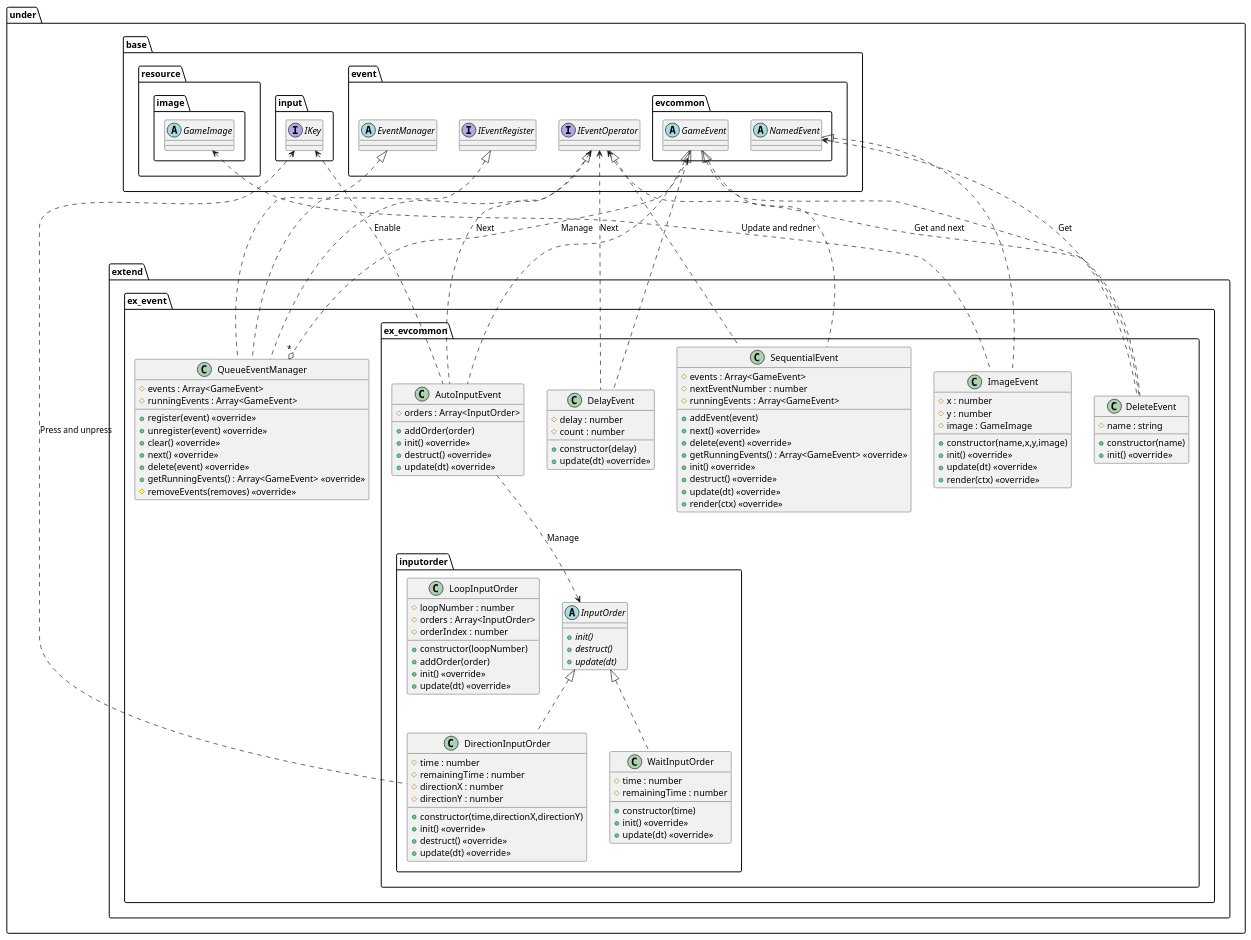
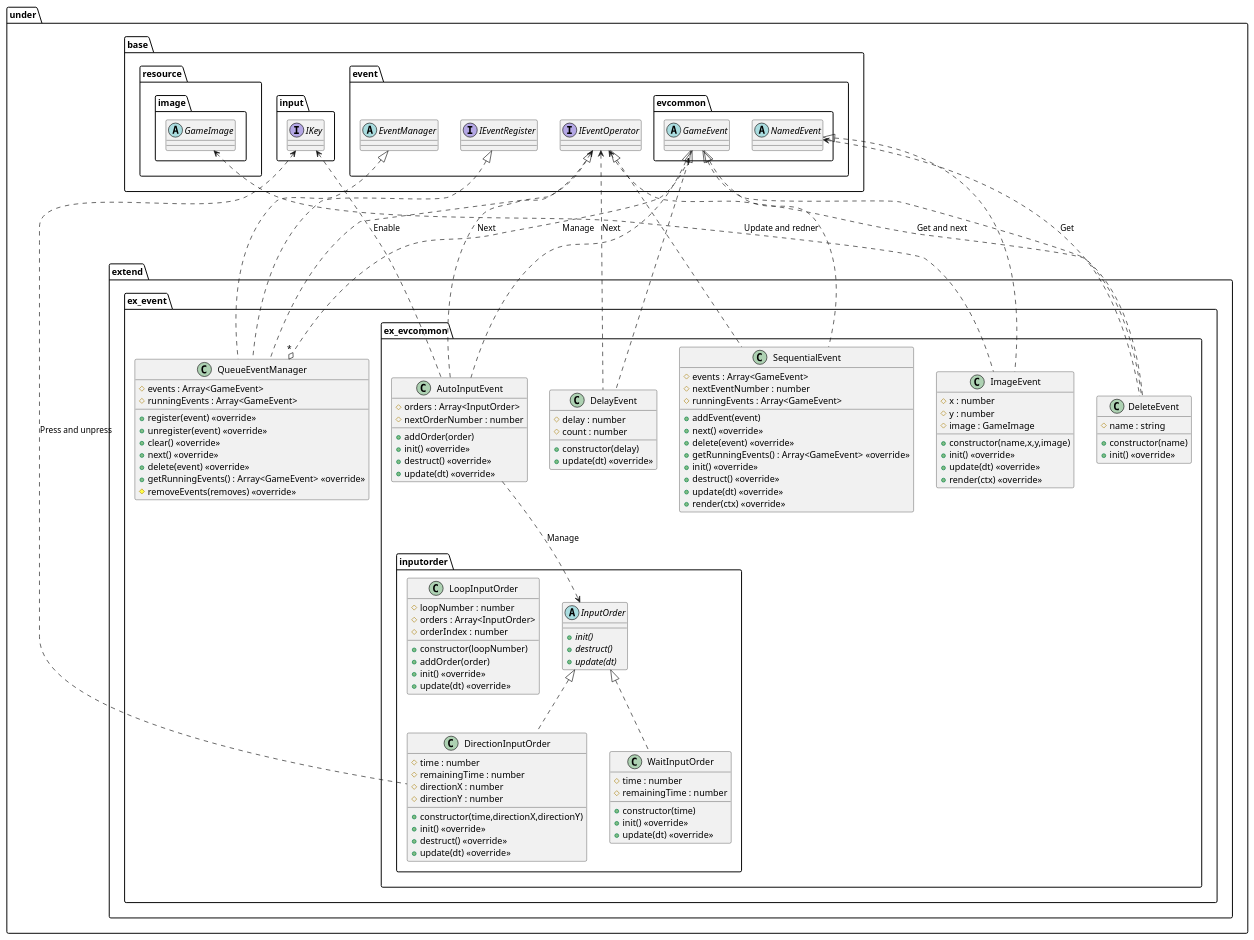
The diagram in uml/event/Extend.wsd (Expine/Under), drawn with PlantUML before and after one commit. The commit also changed 9 other files, not shown here.

```diff
--- a/uml/event/Extend.wsd
+++ b/uml/event/Extend.wsd
@@ -1,142 +1,143 @@
 @startuml EventExtend
 
 package under {
     package extend {
         package ex_event {
             class QueueEventManager {
                 #events : Array<GameEvent>
                 #runningEvents : Array<GameEvent>
                 +register(event) <<override>>
                 +unregister(event) <<override>>
                 +clear() <<override>>
                 +next() <<override>>
                 +delete(event) <<override>>
                 +getRunningEvents() : Array<GameEvent> <<override>>
                 #removeEvents(removes) <<override>>
             }
             package ex_evcommon {
                 package inputorder {
                     abstract InputOrder {
                         {abstract} +init()
                         {abstract} +destruct()
                         {abstract} +update(dt)
                     }
                     class DirectionInputOrder {
                         +constructor(time,directionX,directionY)
                         #time : number
                         #remainingTime : number
                         #directionX : number
                         #directionY : number
                         +init() <<override>>
                         +destruct() <<override>>
                         +update(dt) <<override>>
                     }
                     class WaitInputOrder {
                         +constructor(time)
                         #time : number
                         #remainingTime : number
                         +init() <<override>>
                         +update(dt) <<override>>
                     }
                     class LoopInputOrder {
                         +constructor(loopNumber)
                         #loopNumber : number
                         #orders : Array<InputOrder>
                         #orderIndex : number
                         +addOrder(order)
                         +init() <<override>>
                         +update(dt) <<override>>
                     }
                 }
                 class AutoInputEvent {
                     #orders : Array<InputOrder>
+                    #nextOrderNumber : number
                     +addOrder(order)
                     +init() <<override>>
                     +destruct() <<override>>
                     +update(dt) <<override>>
                 }
                 class DelayEvent {
                     +constructor(delay)
                     #delay : number
                     #count : number
                     +update(dt) <<override>>
                 }
                 class DeleteEvent {
                     +constructor(name)
                     #name : string
                     +init() <<override>>
                 }
                 class ImageEvent {
                     +constructor(name,x,y,image)
                     #x : number
                     #y : number
                     #image : GameImage
                     +init() <<override>>
                     +update(dt) <<override>>
                     +render(ctx) <<override>>
                 }
                 class SequentialEvent {
                     #events : Array<GameEvent>
                     #nextEventNumber : number
                     #runningEvents : Array<GameEvent>
                     +addEvent(event)
                     +next() <<override>>
                     +delete(event) <<override>>
                     +getRunningEvents() : Array<GameEvent> <<override>>
                     +init() <<override>>
                     +destruct() <<override>>
                     +update(dt) <<override>>
                     +render(ctx) <<override>>
                 }
             }
         }
     }
 }
 
 package under {
     package base {
         package input {
             interface IKey
         }
         package resource {
             package image {
                 abstract GameImage
             }
         }
         package event {
             abstract EventManager
             interface IEventOperator
             interface IEventRegister
             package evcommon {
                 abstract GameEvent
                 abstract NamedEvent
             }
         }
     }
 }
 
 GameEvent "1" ..o "*" QueueEventManager : Manage
 
 IKey <... DirectionInputOrder : Press and unpress
 IKey <... AutoInputEvent : Enable
 AutoInputEvent ..> InputOrder : Manage
 IEventOperator <.. AutoInputEvent : Next
 IEventOperator <.. DelayEvent : Next
 IEventOperator <.. DeleteEvent : Get and next
 NamedEvent <.. DeleteEvent : Get
 GameImage <.. ImageEvent : Update and redner
 
 EventManager <|... QueueEventManager
 IEventRegister <|... QueueEventManager
 IEventOperator <|... QueueEventManager
 
 InputOrder <|.. DirectionInputOrder
 InputOrder <|.. WaitInputOrder
 GameEvent <|.. AutoInputEvent
 GameEvent <|.. DelayEvent
 GameEvent <|.. DeleteEvent
 NamedEvent <|.. ImageEvent
 GameEvent <|.. SequentialEvent
 IEventOperator <|.. SequentialEvent
 
 @enduml
```
